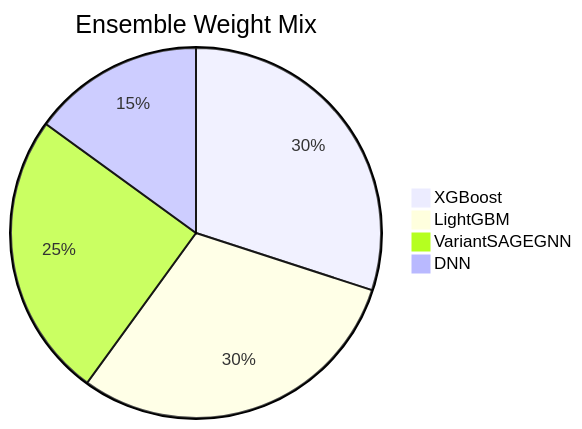
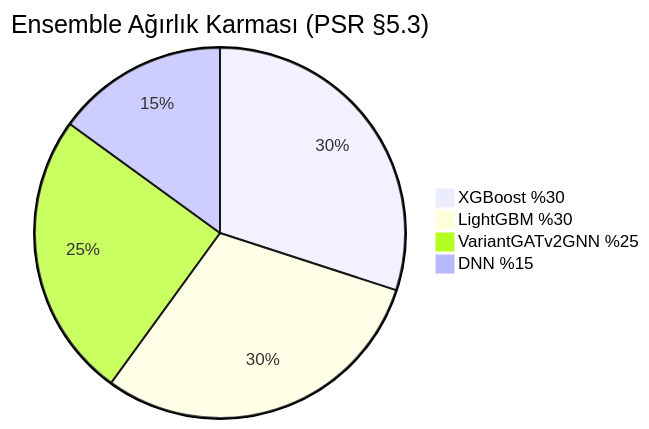
Before and after one commit to msgxr/VARIANT-GNN: the sixth of 11 diagrams in README.md, drawn with Mermaid. The commit also changed other lines of this file, not shown here.

````diff
--- a/README.md
+++ b/README.md
@@ -189,7 +283,7 @@
 ```mermaid
-pie title Ensemble Weight Mix
-    "XGBoost" : 30
-    "LightGBM" : 30
-    "VariantSAGEGNN" : 25
-    "DNN" : 15
+pie title Ensemble Ağırlık Karması (PSR §5.3)
+    "XGBoost %30" : 30
+    "LightGBM %30" : 30
+    "VariantGATv2GNN %25" : 25
+    "DNN %15" : 15
 ```
````
